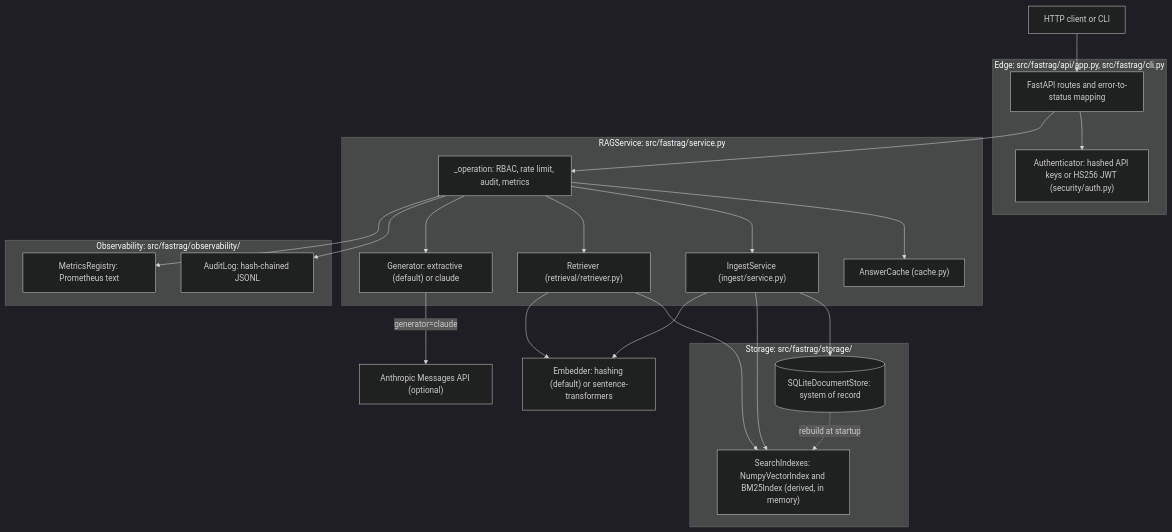
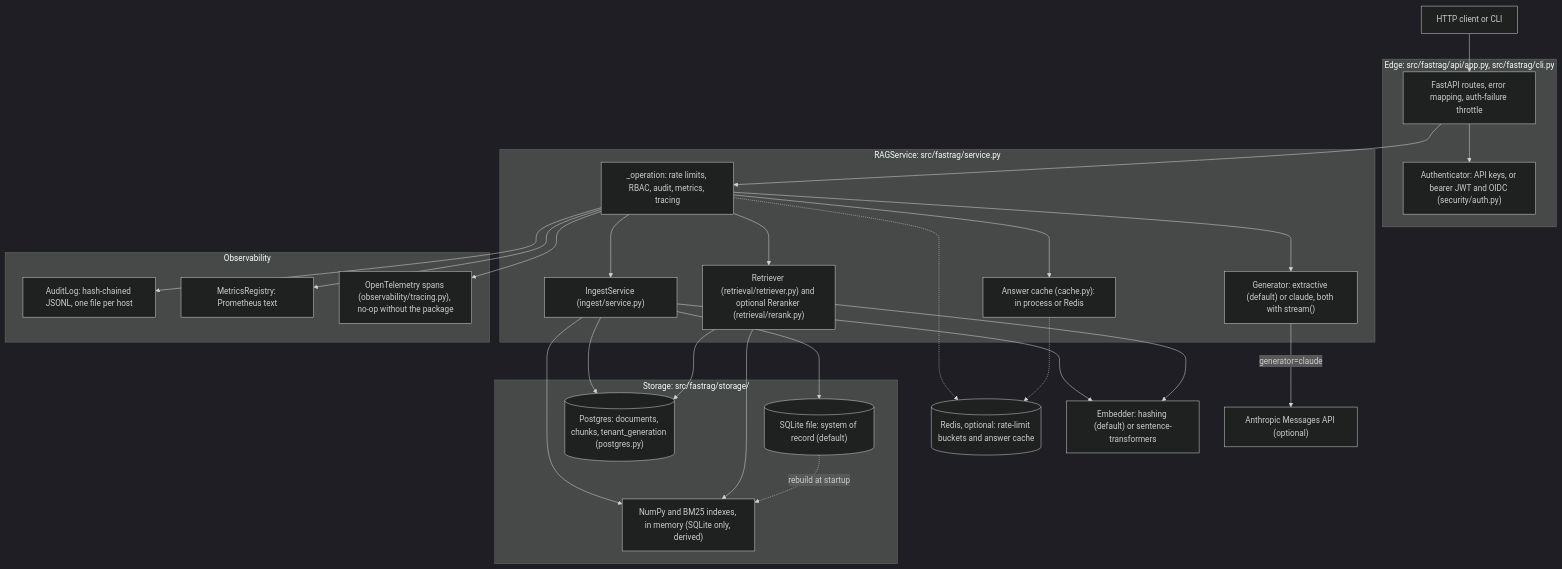
One commit to Vanalite/fastRag changed the first of 3 diagrams in docs/architecture.md. Above: the diagram before and after it, drawn with Mermaid (dark theme). The commit also changed other lines of this file and 57 other files, not shown here.

First line of the commit message:
Add Postgres storage, ingest jobs, connector sync, Redis backends, streaming

````diff
--- a/docs/architecture.md
+++ b/docs/architecture.md
@@ -12,41 +15,49 @@
 ```mermaid
 flowchart TB
     client["HTTP client or CLI"]
     subgraph edge["Edge: src/fastrag/api/app.py, src/fastrag/cli.py"]
-        api["FastAPI routes and error-to-status mapping"]
-        auth["Authenticator: hashed API keys or HS256 JWT (security/auth.py)"]
+        api["FastAPI routes, error mapping, auth-failure throttle"]
+        auth["Authenticator: API keys, or bearer JWT and OIDC (security/auth.py)"]
     end
     subgraph core["RAGService: src/fastrag/service.py"]
-        op["_operation: RBAC, rate limit, audit, metrics"]
-        cache["AnswerCache (cache.py)"]
+        op["_operation: rate limits, RBAC, audit, metrics, tracing"]
         ingest["IngestService (ingest/service.py)"]
-        retr["Retriever (retrieval/retriever.py)"]
-        gen["Generator: extractive (default) or claude"]
+        retr["Retriever (retrieval/retriever.py) and optional Reranker (retrieval/rerank.py)"]
+        gen["Generator: extractive (default) or claude, both with stream()"]
+        cache["Answer cache (cache.py): in process or Redis"]
     end
     subgraph storage["Storage: src/fastrag/storage/"]
-        store[("SQLiteDocumentStore: system of record")]
-        idx["SearchIndexes: NumpyVectorIndex and BM25Index (derived, in memory)"]
+        sqlite[("SQLite file: system of record (default)")]
+        pg[("Postgres: documents, chunks, tenant_generation (postgres.py)")]
+        mem["NumPy and BM25 indexes, in memory (SQLite only, derived)"]
     end
-    subgraph obs["Observability: src/fastrag/observability/"]
-        audit["AuditLog: hash-chained JSONL"]
+    redis[("Redis, optional: rate-limit buckets and answer cache")]
+    subgraph obs["Observability"]
+        audit["AuditLog: hash-chained JSONL, one file per host"]
         metrics["MetricsRegistry: Prometheus text"]
+        tracing["OpenTelemetry spans (observability/tracing.py), no-op without the package"]
     end
     emb["Embedder: hashing (default) or sentence-transformers"]
     llm["Anthropic Messages API (optional)"]
 
     client --> api --> auth
     api --> op
     op --> cache
     op --> ingest
     op --> retr
     op --> gen
     op --> audit
     op --> metrics
-    ingest --> store
-    ingest --> idx
+    op --> tracing
+    ingest --> sqlite
+    ingest --> pg
+    ingest --> mem
+    retr --> mem
+    retr --> pg
     ingest --> emb
-    retr --> idx
     retr --> emb
-    store -. "rebuild at startup" .-> idx
+    sqlite -. "rebuild at startup" .-> mem
+    op -.-> redis
+    cache -.-> redis
     gen -->|"generator=claude"| llm
 ```
````
